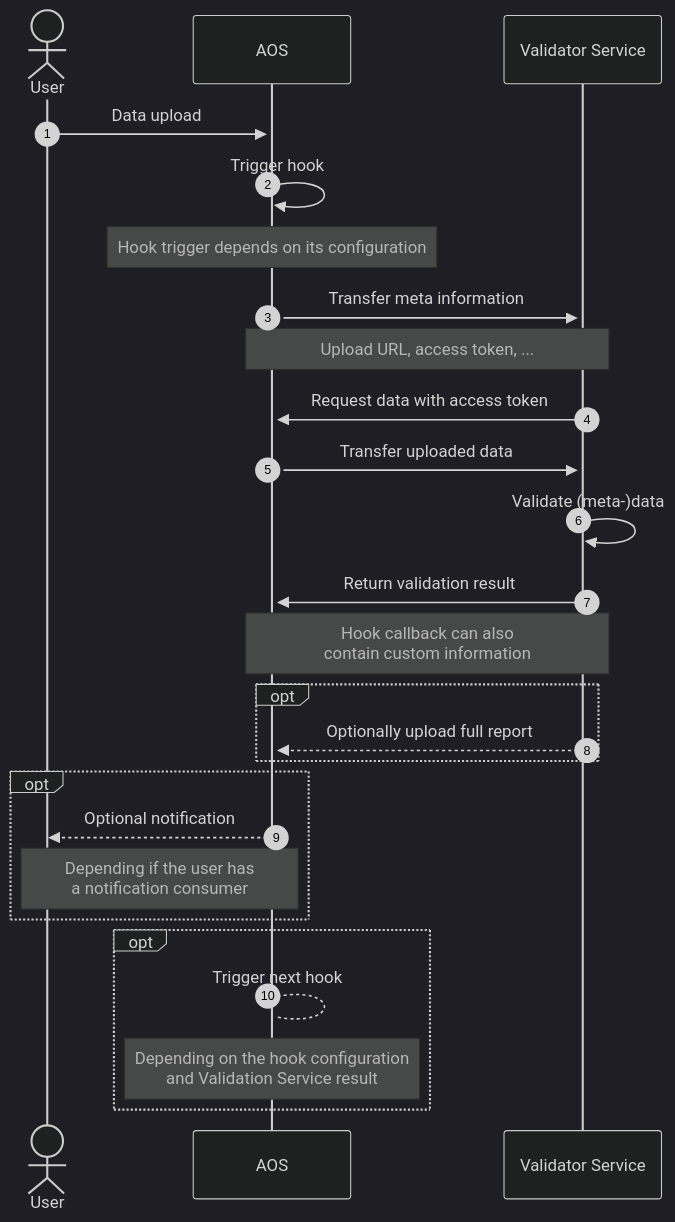
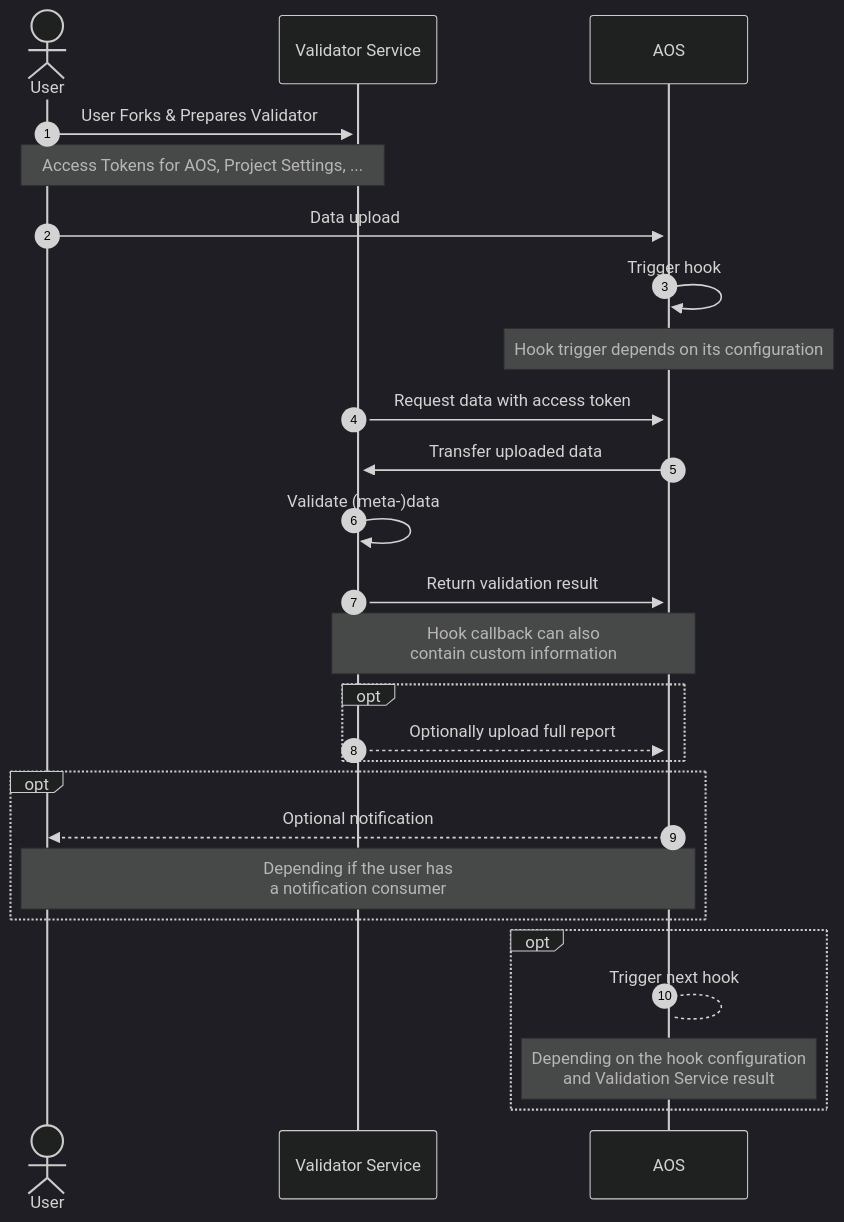
One commit to FAIR-DS4NFDI/reference-architecture changed the diagram in demonstrators/AP4.2_Validator_SequenceDiagram.md. Above: the diagram before and after it, drawn with Mermaid (dark theme).

````diff
--- a/demonstrators/AP4.2_Validator_SequenceDiagram.md
+++ b/demonstrators/AP4.2_Validator_SequenceDiagram.md
@@ -1,34 +1,35 @@
 ```mermaid
 sequenceDiagram
     autonumber
     actor User
+
+    User->>+Validator Service: User Forks & Prepares Validator
+    Note over User,Validator Service: Access Tokens for AOS, Project Settings, ...
+
     User->>+AOS: Data upload
 
     AOS->>AOS: Trigger hook 
     Note over AOS,AOS: Hook trigger depends on its configuration
-
-    AOS->>+Validator Service: Transfer meta information
-    Note over AOS,Validator Service: Upload URL, access token, ...
 
     Validator Service->>AOS: Request data with access token
     AOS->>Validator Service: Transfer uploaded data
 
     Validator Service->>Validator Service: Validate (meta-)data
 
     Validator Service->>AOS: Return validation result
     Note over Validator Service,AOS: Hook callback can also<br/>contain custom information
 
     opt
     Validator Service-->>AOS: Optionally upload full report
     end 
 
     opt
     AOS-->>User: Optional notification
     Note over AOS,User: Depending if the user has<br/>a notification consumer
     end
 
     opt
     AOS-->AOS: Trigger next hook
     Note over AOS,AOS: Depending on the hook configuration<br/>and Validation Service result
     end
 ```
````
